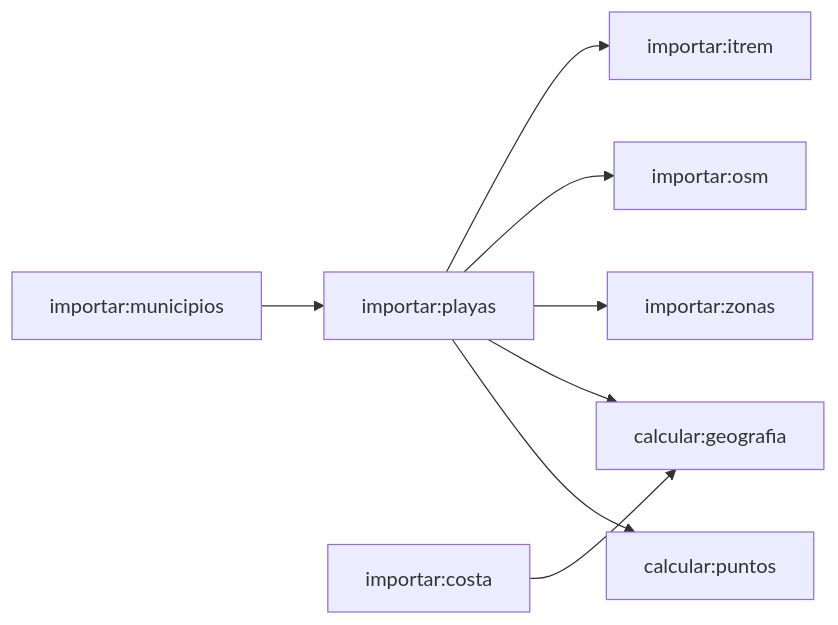
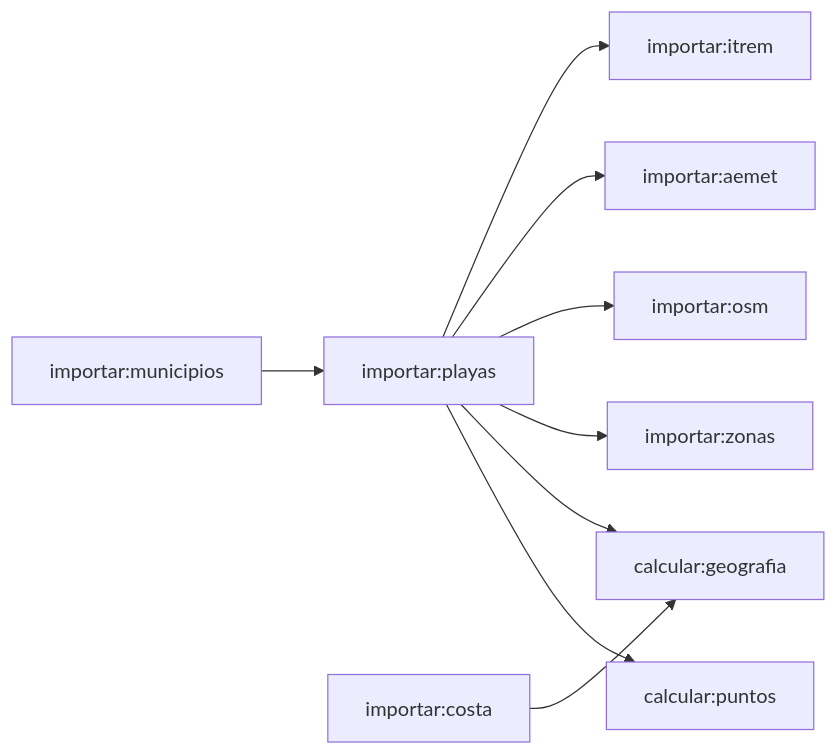
One commit to pdawgabriel-hub/playa-hoy changed the diagram in docs/geografia-playas.md. Above: the diagram before and after it, drawn with Mermaid. The commit also changed other lines of this file and 15 other files, not shown here.

Commit message:
feat(jobs): emparejar playas con AEMET y guardar su previsión diaria

````diff
--- a/docs/geografia-playas.md
+++ b/docs/geografia-playas.md
@@ -87,10 +87,11 @@
 ```mermaid
 flowchart LR
     municipios[importar:municipios] --> playas[importar:playas]
     playas --> itrem[importar:itrem]
+    playas --> aemet[importar:aemet]
     playas --> osm[importar:osm]
     playas --> zonas[importar:zonas]
     costa[importar:costa] --> geografia[calcular:geografia]
     playas --> geografia
     playas --> puntos[calcular:puntos]
 ```
````
